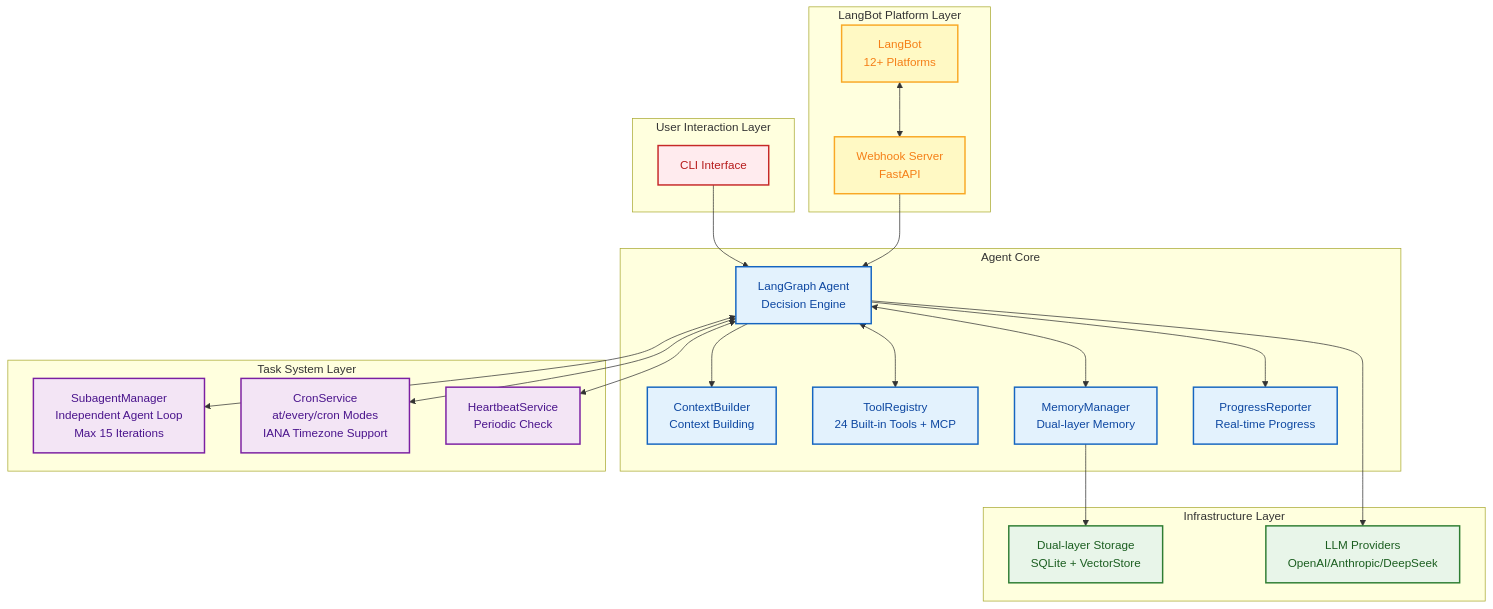
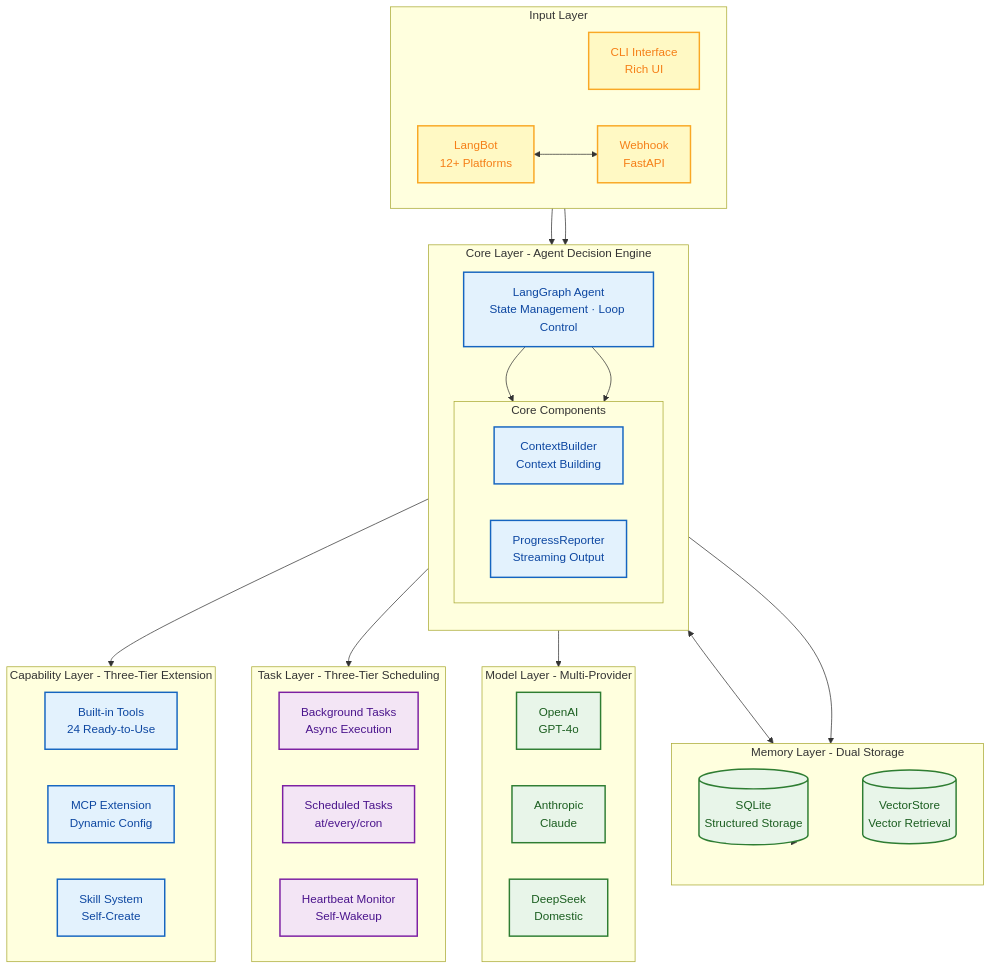
Before and after one commit to zhangjingyuan177-hue/FinchBot: the first of 19 diagrams in docs/en-US/architecture.md, drawn with Mermaid. The commit also changed 4 other files, not shown here.

First line of the commit message:
docs: 优化架构图布局，采用数据流导向设计

````diff
--- a/docs/en-US/architecture.md
+++ b/docs/en-US/architecture.md
@@ -39,51 +39,66 @@
 ```mermaid
-graph TB
-    classDef uiLayer fill:#ffebee,stroke:#c62828,stroke-width:2px,color:#b71c1c;
-    classDef coreLayer fill:#e3f2fd,stroke:#1565c0,stroke-width:2px,color:#0d47a1;
-    classDef taskLayer fill:#f3e5f5,stroke:#7b1fa2,stroke-width:2px,color:#4a148c;
-    classDef infraLayer fill:#e8f5e9,stroke:#2e7d32,stroke-width:2px,color:#1b5e20;
-    classDef channelLayer fill:#fff9c4,stroke:#f9a825,stroke-width:2px,color:#f57f17;
+flowchart TB
+    classDef input fill:#fff9c4,stroke:#f9a825,stroke-width:2px,color:#f57f17;
+    classDef core fill:#e3f2fd,stroke:#1565c0,stroke-width:2px,color:#0d47a1;
+    classDef task fill:#f3e5f5,stroke:#7b1fa2,stroke-width:2px,color:#4a148c;
+    classDef infra fill:#e8f5e9,stroke:#2e7d32,stroke-width:2px,color:#1b5e20;
 
-    subgraph UI [User Interaction Layer]
-        CLI[CLI Interface]:::uiLayer
+    subgraph Input [Input Layer]
+        direction LR
+        CLI[CLI Interface<br/>Rich UI]:::input
+        LB[LangBot<br/>12+ Platforms]:::input
+        Webhook[Webhook<br/>FastAPI]:::input
     end
 
-    subgraph LangBot [LangBot Platform Layer]
-        Webhook[Webhook Server<br/>FastAPI]:::channelLayer
-        LB[LangBot<br/>12+ Platforms]:::channelLayer
+    subgraph Core [Core Layer - Agent Decision Engine]
+        direction TB
+        Agent[LangGraph Agent<br/>State Management · Loop Control]:::core
+        subgraph CoreModules [Core Components]
+            direction LR
+            Context[ContextBuilder<br/>Context Building]:::core
+            Streaming[ProgressReporter<br/>Streaming Output]:::core
+        end
     end
 
-    subgraph Core [Agent Core]
-        Agent[LangGraph Agent<br/>Decision Engine]:::coreLayer
-        Context[ContextBuilder<br/>Context Building]:::coreLayer
-        Tools[ToolRegistry<br/>24 Built-in Tools + MCP]:::coreLayer
-        Memory[MemoryManager<br/>Dual-layer Memory]:::coreLayer
-        Streaming[ProgressReporter<br/>Real-time Progress]:::coreLayer
+    subgraph Capabilities [Capability Layer - Three-Tier Extension]
+        direction LR
+        BuiltIn[Built-in Tools<br/>24 Ready-to-Use]:::core
+        MCP[MCP Extension<br/>Dynamic Config]:::core
+        Skills[Skill System<br/>Self-Create]:::core
     end
 
-    subgraph Task [Task System Layer]
-        SubagentMgr[SubagentManager<br/>Independent Agent Loop<br/>Max 15 Iterations]:::taskLayer
-        CronSvc[CronService<br/>at/every/cron Modes<br/>IANA Timezone Support]:::taskLayer
-        Heartbeat[HeartbeatService<br/>Periodic Check]:::taskLayer
+    subgraph Task [Task Layer - Three-Tier Scheduling]
+        direction LR
+        BG[Background Tasks<br/>Async Execution]:::task
+        Cron[Scheduled Tasks<br/>at/every/cron]:::task
+        Heart[Heartbeat Monitor<br/>Self-Wakeup]:::task
     end
 
-    subgraph Infra [Infrastructure Layer]
-        Storage[Dual-layer Storage<br/>SQLite + VectorStore]:::infraLayer
-        LLM[LLM Providers<br/>OpenAI/Anthropic/DeepSeek]:::infraLayer
+    subgraph Memory [Memory Layer - Dual Storage]
+        direction LR
+        SQLite[(SQLite<br/>Structured Storage)]:::infra
+        Vector[(VectorStore<br/>Vector Retrieval)]:::infra
+    end
+
+    subgraph LLM [Model Layer - Multi-Provider]
+        direction LR
+        OpenAI[OpenAI<br/>GPT-4o]:::infra
+        Anthropic[Anthropic<br/>Claude]:::infra
+        DeepSeek[DeepSeek<br/>Domestic]:::infra
     end
 
     CLI --> Agent
     LB <--> Webhook
     Webhook --> Agent
 
     Agent --> Context
-    Agent <--> Tools
+    Agent --> Streaming
+    Agent --> Capabilities
+    Agent --> Task
     Agent <--> Memory
-    Agent --> Streaming
-    Agent <--> SubagentMgr
-    Agent <--> CronSvc
-    Agent <--> Heartbeat
+    Agent --> LLM
 
-    Memory --> Storage
-    Agent --> LLM
+    Context --> Memory
+    Memory --> SQLite
+    Memory --> Vector
 ```
````
